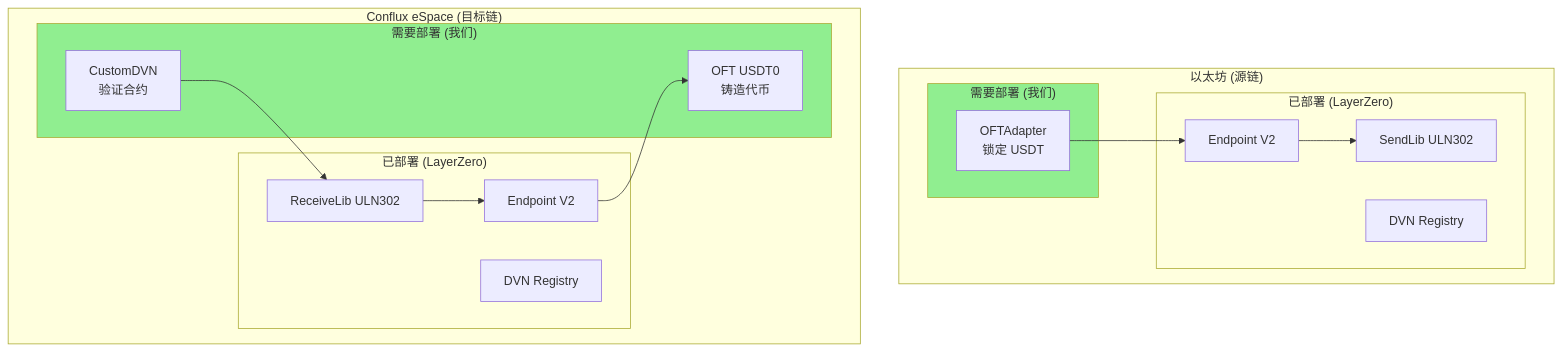
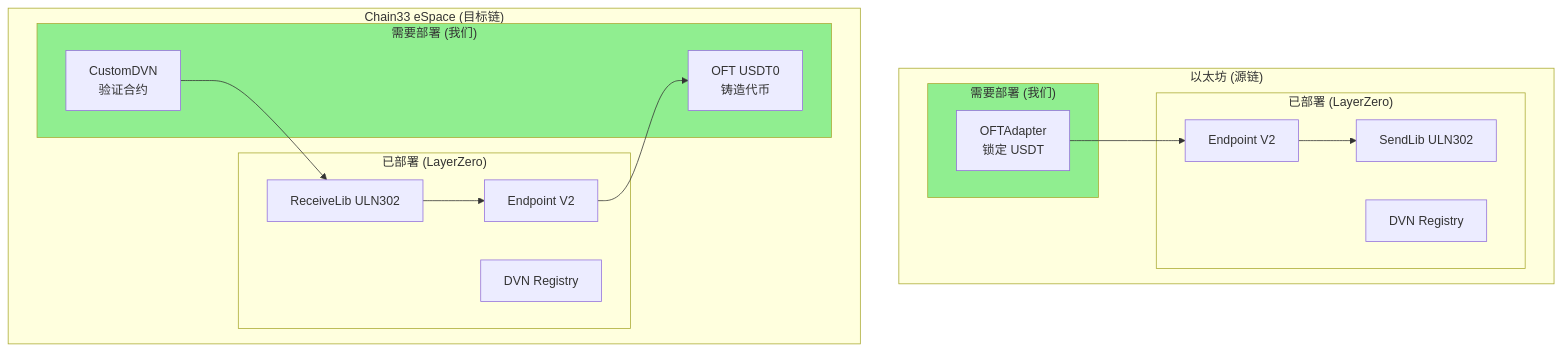
The first of 2 diagrams in LayerZero_跨链部署方案/02_智能合约部署.md (vipwzw/blockchain-doc), drawn with Mermaid before and after one commit. The commit also changed other lines of this file and 9 other files, not shown here.

First line of the commit message:
refactor(LayerZero): 将 Conflux/CFX 替换为 Chain33/Coin33

````diff
--- a/LayerZero_跨链部署方案/02_智能合约部署.md
+++ b/LayerZero_跨链部署方案/02_智能合约部署.md
@@ -5,35 +5,35 @@
 ```mermaid
 flowchart TB
     subgraph Ethereum["以太坊 (源链)"]
         subgraph Deployed1["已部署 (LayerZero)"]
             EthEndpoint[Endpoint V2]
             EthSendLib[SendLib ULN302]
             EthDVNRegistry[DVN Registry]
         end
         subgraph ToDeploy1["需要部署 (我们)"]
             OFTAdapter[OFTAdapter<br/>锁定 USDT]
         end
     end
 
-    subgraph Conflux["Conflux eSpace (目标链)"]
+    subgraph Chain33["Chain33 eSpace (目标链)"]
         subgraph Deployed2["已部署 (LayerZero)"]
             CfxEndpoint[Endpoint V2]
             CfxReceiveLib[ReceiveLib ULN302]
             CfxDVNRegistry[DVN Registry]
         end
         subgraph ToDeploy2["需要部署 (我们)"]
             OFT[OFT USDT0<br/>铸造代币]
             CustomDVN[CustomDVN<br/>验证合约]
         end
     end
 
     OFTAdapter --> EthEndpoint
     EthEndpoint --> EthSendLib
     
     CustomDVN --> CfxReceiveLib
     CfxReceiveLib --> CfxEndpoint
     CfxEndpoint --> OFT
 
     style ToDeploy1 fill:#90EE90
     style ToDeploy2 fill:#90EE90
 ```
````
